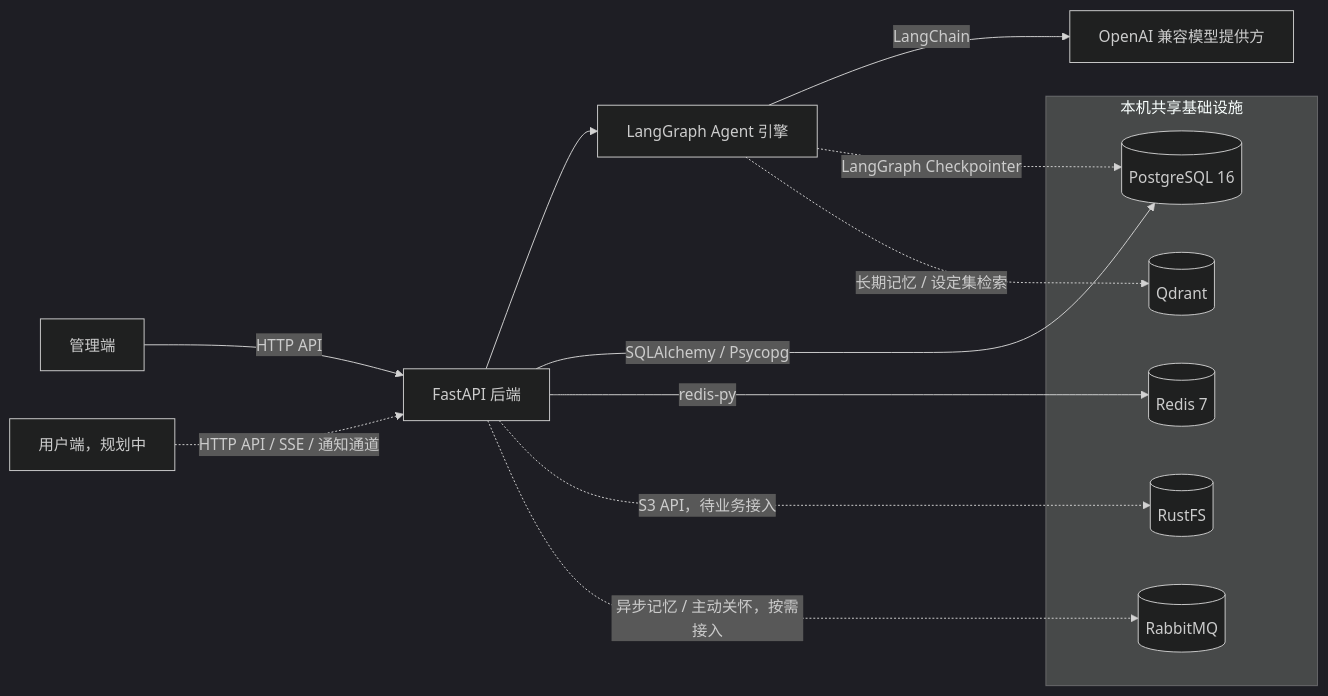
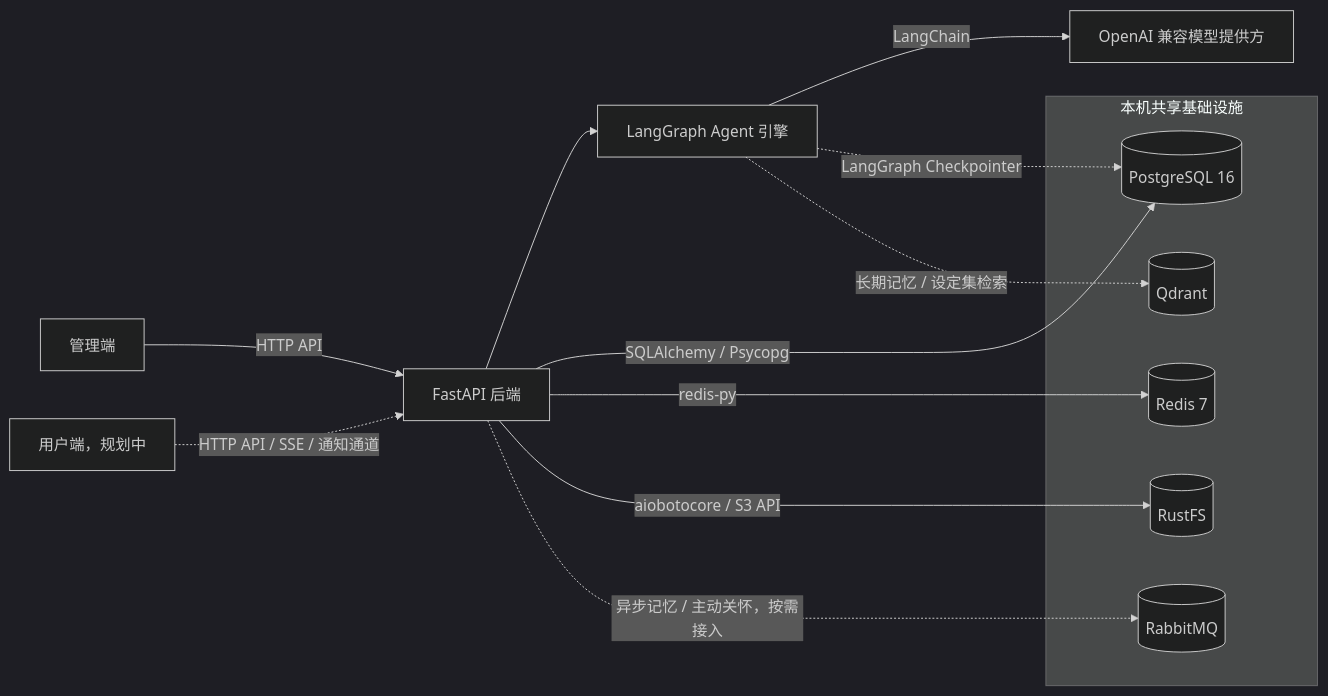
The diagram in docs/01-project-overview.md (0Elaina/hoshi), drawn with Mermaid (dark theme) before and after one commit. The commit also changed other lines of this file and 1 other file, not shown here.

Commit message:
docs: 补充 RustFS 对象存储配置与边界说明

````diff
--- a/docs/01-project-overview.md
+++ b/docs/01-project-overview.md
@@ -33,23 +33,23 @@
 ```mermaid
 flowchart LR
     Admin[管理端] -->|HTTP API| Backend[FastAPI 后端]
     Web[用户端，规划中] -. HTTP API / SSE / 通知通道 .-> Backend
 
     Backend --> Agent[LangGraph Agent 引擎]
     Agent -->|LangChain| LLM[OpenAI 兼容模型提供方]
 
     subgraph Infra[本机共享基础设施]
         Postgres[(PostgreSQL 16)]
         Qdrant[(Qdrant)]
         Redis[(Redis 7)]
         RustFS[(RustFS)]
         RabbitMQ[(RabbitMQ)]
     end
 
     Backend -->|SQLAlchemy / Psycopg| Postgres
     Agent -. LangGraph Checkpointer .-> Postgres
     Agent -. 长期记忆 / 设定集检索 .-> Qdrant
     Backend -->|redis-py| Redis
-    Backend -. S3 API，待业务接入 .-> RustFS
+    Backend -->|aiobotocore / S3 API| RustFS
     Backend -. 异步记忆 / 主动关怀，按需接入 .-> RabbitMQ
 ```
````
